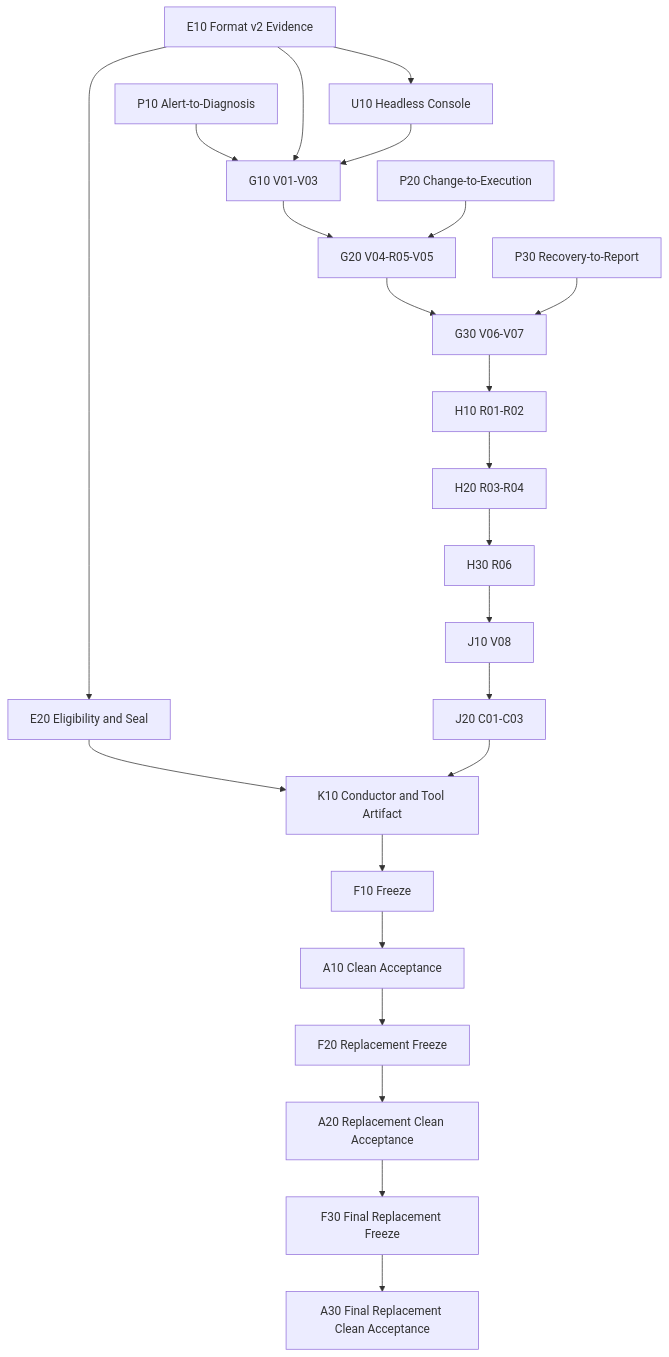
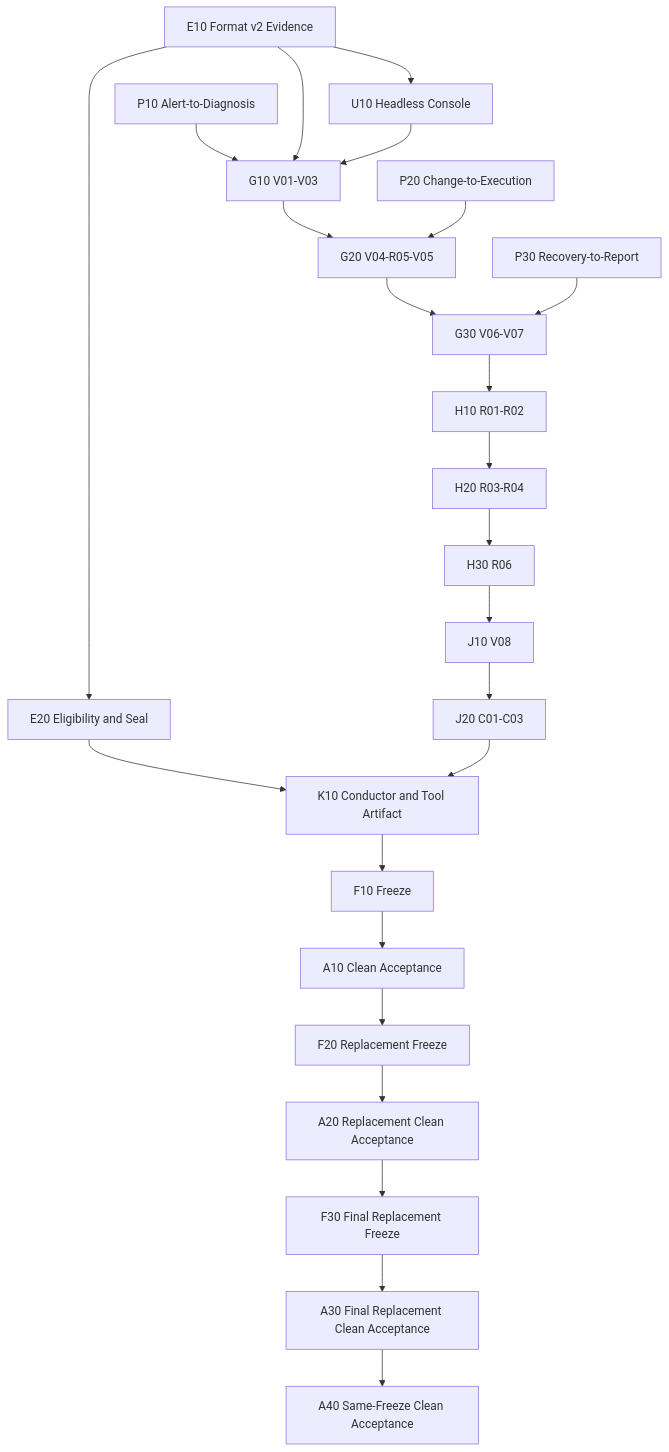
One commit to Timeless0927/AIops changed the diagram in .scratch/aiops-pilot-ready/remediation-tickets.md. Above: the diagram before and after it, drawn with Mermaid. The commit also changed other lines of this file and 1 other file, not shown here.

Commit message:
docs(acceptance): authorize A40 from bounded preflight failure

````diff
--- a/.scratch/aiops-pilot-ready/remediation-tickets.md
+++ b/.scratch/aiops-pilot-ready/remediation-tickets.md
@@ -12,25 +12,26 @@
 ```mermaid
 flowchart TD
   E10["E10 Format v2 Evidence"] --> E20["E20 Eligibility and Seal"]
   E10 --> U10["U10 Headless Console"]
   P10["P10 Alert-to-Diagnosis"] --> G10["G10 V01-V03"]
   E10 --> G10
   U10 --> G10
   G10 --> G20["G20 V04-R05-V05"]
   P20["P20 Change-to-Execution"] --> G20
   G20 --> G30["G30 V06-V07"]
   P30["P30 Recovery-to-Report"] --> G30
   G30 --> H10["H10 R01-R02"]
   H10 --> H20["H20 R03-R04"]
   H20 --> H30["H30 R06"]
   H30 --> J10["J10 V08"]
   J10 --> J20["J20 C01-C03"]
   E20 --> K10["K10 Conductor and Tool Artifact"]
   J20 --> K10
   K10 --> F10["F10 Freeze"]
   F10 --> A10["A10 Clean Acceptance"]
   A10 --> F20["F20 Replacement Freeze"]
   F20 --> A20["A20 Replacement Clean Acceptance"]
   A20 --> F30["F30 Final Replacement Freeze"]
   F30 --> A30["A30 Final Replacement Clean Acceptance"]
+  A30 --> A40["A40 Same-Freeze Clean Acceptance"]
 ```
````
